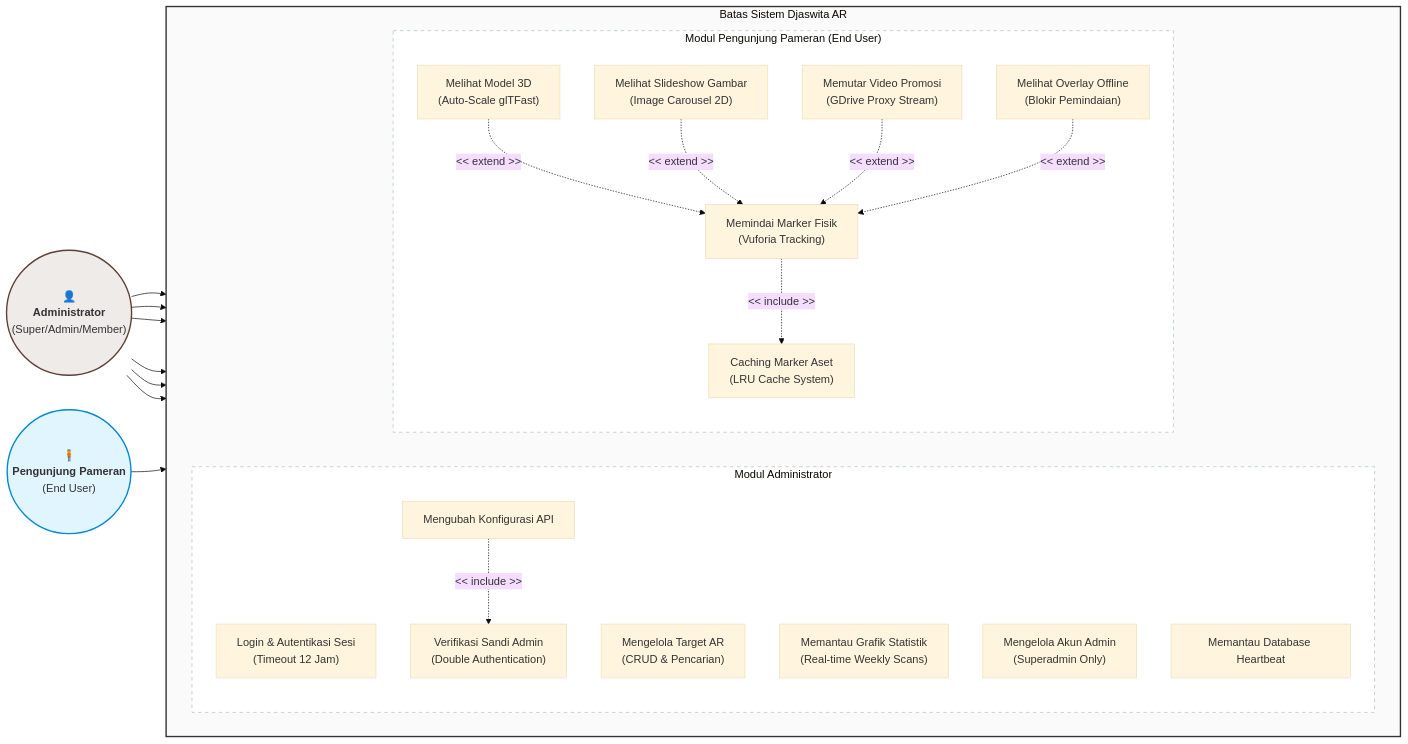
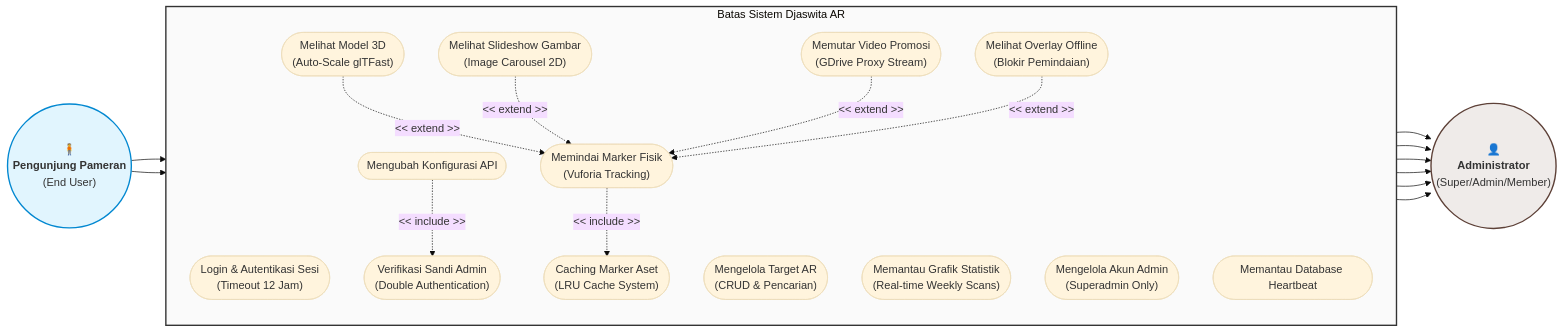
The second of 3 diagrams in WebAdmin/docs/diagram/diagram.md (MyusiZ3/DjaswitaAR-Fix), drawn with Mermaid (base theme) before and after one commit.

Commit message:
docs: align Use Case diagram to match standard UML reference
- Refactored 'diagram.md' Use Case diagram to match the classical UML layout shown in the user reference.
- Positioned User actor on the left and Admin actor on the right of a single, unified system boundary box.
- Converted use case nodes to oval stadium shapes (["..."]) arranged inside the box.
- Connected include and extend relationships with dashed lines and standard stereotype labels.

````diff
--- a/WebAdmin/docs/diagram/diagram.md
+++ b/WebAdmin/docs/diagram/diagram.md
@@ -70,58 +70,55 @@
 ```mermaid
 graph LR
-    %% Definisi Aktor
-    Admin(("👤<br><b>Administrator</b><br>(Super/Admin/Member)"))
+    %% Aktor Kiri (User)
     User(("🧍<br><b>Pengunjung Pameran</b><br>(End User)"))
 
-    %% Batas Sistem (System Boundary)
+    %% Batas Sistem (System Boundary Tunggal)
     subgraph SystemBoundary ["Batas Sistem Djaswita AR"]
-        direction LR
+        direction TB
         
-        subgraph AdminModule ["Modul Administrator"]
-            direction TB
-            UC_Login["Login & Autentikasi Sesi <br>(Timeout 12 Jam)"]
-            UC_CRUD["Mengelola Target AR <br>(CRUD & Pencarian)"]
-            UC_Config["Mengubah Konfigurasi API"]
-            UC_DoubleAuth["Verifikasi Sandi Admin <br>(Double Authentication)"]
-            UC_ViewStats["Memantau Grafik Statistik <br>(Real-time Weekly Scans)"]
-            UC_ManageAdmin["Mengelola Akun Admin <br>(Superadmin Only)"]
-            UC_Hearbeat["Memantau Database Heartbeat"]
-        end
-
-        subgraph UserModule ["Modul Pengunjung Pameran (End User)"]
-            direction TB
-            UC_ScanMarker["Memindai Marker Fisik <br>(Vuforia Tracking)"]
-            UC_View3D["Melihat Model 3D <br>(Auto-Scale glTFast)"]
-            UC_ViewCarousel["Melihat Slideshow Gambar <br>(Image Carousel 2D)"]
-            UC_PlayVideo["Memutar Video Promosi <br>(GDrive Proxy Stream)"]
-            UC_OfflineOverlay["Melihat Overlay Offline <br>(Blokir Pemindaian)"]
-            UC_CacheMarker["Caching Marker Aset <br>(LRU Cache System)"]
-        end
+        %% Use Cases dalam bentuk OVAL (Stadium Shape)
+        UC_Login(["Login & Autentikasi Sesi <br>(Timeout 12 Jam)"])
+        UC_CRUD(["Mengelola Target AR <br>(CRUD & Pencarian)"])
+        UC_Config(["Mengubah Konfigurasi API"])
+        UC_DoubleAuth(["Verifikasi Sandi Admin <br>(Double Authentication)"])
+        UC_ViewStats(["Memantau Grafik Statistik <br>(Real-time Weekly Scans)"])
+        UC_ManageAdmin(["Mengelola Akun Admin <br>(Superadmin Only)"])
+        UC_Hearbeat(["Memantau Database Heartbeat"])
+        
+        UC_ScanMarker(["Memindai Marker Fisik <br>(Vuforia Tracking)"])
+        UC_View3D(["Melihat Model 3D <br>(Auto-Scale glTFast)"])
+        UC_ViewCarousel(["Melihat Slideshow Gambar <br>(Image Carousel 2D)"])
+        UC_PlayVideo(["Memutar Video Promosi <br>(GDrive Proxy Stream)"])
+        UC_OfflineOverlay(["Melihat Overlay Offline <br>(Blokir Pemindaian)"])
+        UC_CacheMarker(["Caching Marker Aset <br>(LRU Cache System)"])
     end
 
-    %% Hubungan Aktor ke Use Case
-    Admin --> UC_Login
-    Admin --> UC_CRUD
-    Admin --> UC_Config
-    Admin --> UC_ViewStats
-    Admin --> UC_ManageAdmin
-    Admin --> UC_Hearbeat
+    %% Aktor Kanan (Admin)
+    Admin(("👤<br><b>Administrator</b><br>(Super/Admin/Member)"))
 
+    %% Hubungan Aktor Kiri ke Use Cases
     User --> UC_ScanMarker
+    User --> UC_OfflineOverlay
 
-    %% Relasi Include / Extend
+    %% Hubungan Aktor Kanan ke Use Cases (Tarik ke kanan)
+    UC_Login --> Admin
+    UC_CRUD --> Admin
+    UC_Config --> Admin
+    UC_ViewStats --> Admin
+    UC_ManageAdmin --> Admin
+    UC_Hearbeat --> Admin
+
+    %% Relasi Include / Extend (Dashed Lines dengan label UML)
     UC_Config -. "<< include >>" .-> UC_DoubleAuth
     UC_ScanMarker -. "<< include >>" .-> UC_CacheMarker
     
     UC_View3D -. "<< extend >>" .-> UC_ScanMarker
     UC_ViewCarousel -. "<< extend >>" .-> UC_ScanMarker
     UC_PlayVideo -. "<< extend >>" .-> UC_ScanMarker
     UC_OfflineOverlay -. "<< extend >>" .-> UC_ScanMarker
 
-    %% Styling Warna
+    %% Styling Warna & Bentuk Sesuai Standar Premium
+    style User fill:#e1f5fe,stroke:#0288d1,stroke-width:2px;
     style Admin fill:#efebe9,stroke:#5d4037,stroke-width:2px;
-    style User fill:#e1f5fe,stroke:#0288d1,stroke-width:2px;
     style SystemBoundary fill:#fafafa,stroke:#333,stroke-width:2px;
-    style AdminModule fill:#ffffff,stroke:#b0bec5,stroke-width:1px,stroke-dasharray: 5 5;
-    style UserModule fill:#ffffff,stroke:#b0bec5,stroke-width:1px,stroke-dasharray: 5 5;
 ```
````
